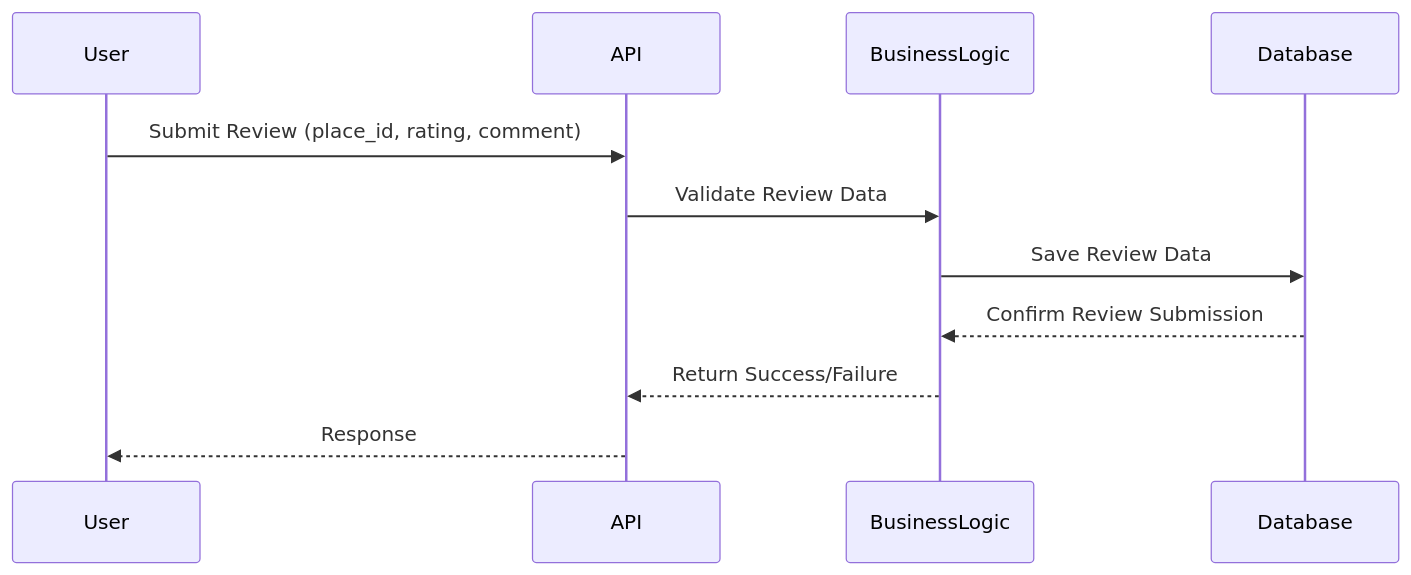
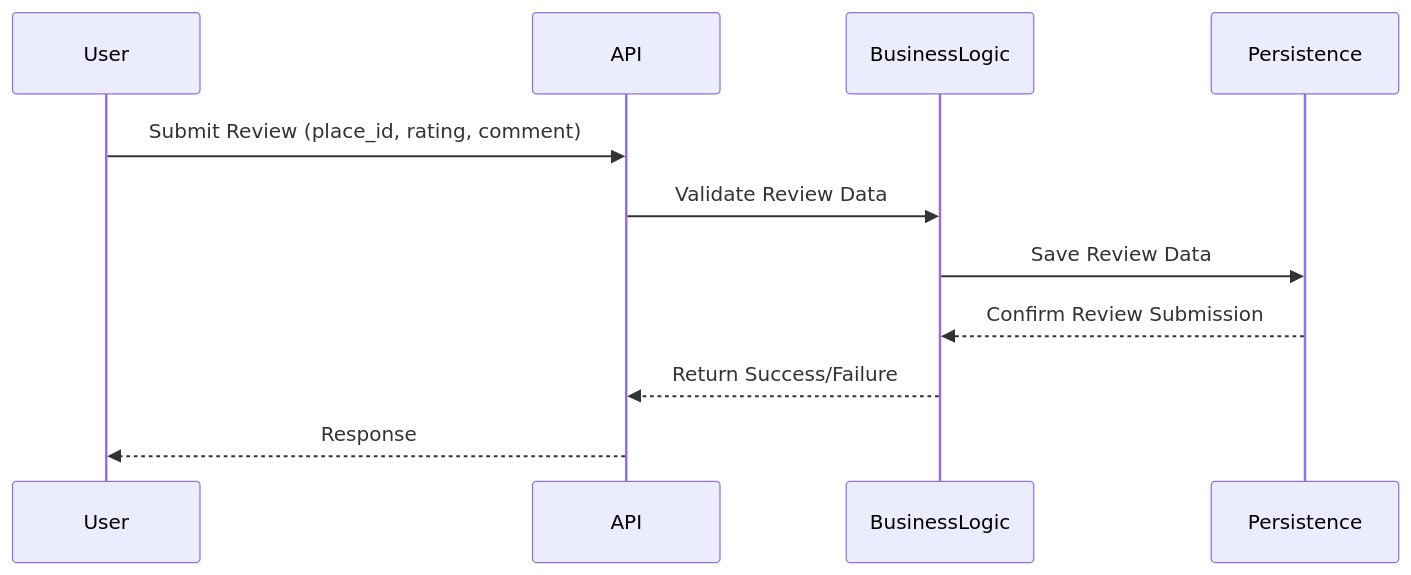
Before and after one commit to SDINAHET/HBnB: the fifth of 6 diagrams in Part1_UML/README.md, drawn with Mermaid. The commit also changed other lines of this file and 1 other file, not shown here.

````diff
--- a/Part1_UML/README.md
+++ b/Part1_UML/README.md
@@ -260,14 +260,14 @@
 ```mermaid
 sequenceDiagram
 participant User
 participant API
 participant BusinessLogic
-participant Database
+participant Persistence
 
 User->>API: Submit Review (place_id, rating, comment)
 API->>BusinessLogic: Validate Review Data
-BusinessLogic->>Database: Save Review Data
-Database-->>BusinessLogic: Confirm Review Submission
+BusinessLogic->>Persistence: Save Review Data
+Persistence-->>BusinessLogic: Confirm Review Submission
 BusinessLogic-->>API: Return Success/Failure
 API-->>User: Response
 ```
````
